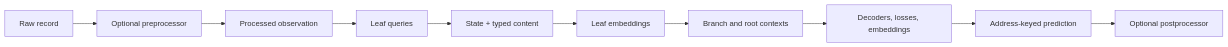
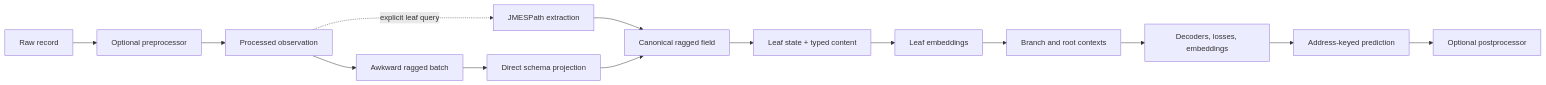
One commit to relflow/relflow changed the diagram in docs/core-concepts/data-flow.qmd. Above: the diagram before and after it, drawn with Mermaid. The commit also changed other lines of this file and 88 other files, not shown here.

````diff
--- a/docs/core-concepts/data-flow.qmd
+++ b/docs/core-concepts/data-flow.qmd
@@ -19,12 +19,16 @@
 ```mermaid
 flowchart LR
     A[Raw record] --> B[Optional preprocessor]
     B --> C[Processed observation]
-    C --> D[Leaf queries]
-    D --> E[State + typed content]
-    E --> F[Leaf embeddings]
+    C --> D[Awkward ragged batch]
+    D --> E[Direct schema projection]
+    C -. explicit leaf query .-> Q[JMESPath extraction]
+    Q --> R[Canonical ragged field]
+    E --> R
+    R --> S[Leaf state + typed content]
+    S --> F[Leaf embeddings]
     F --> G[Branch and root contexts]
     G --> H[Decoders, losses, embeddings]
     H --> I[Address-keyed prediction]
     I --> J[Optional postprocessor]
 ```
````
